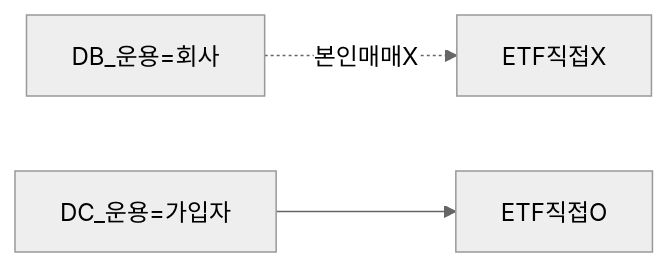
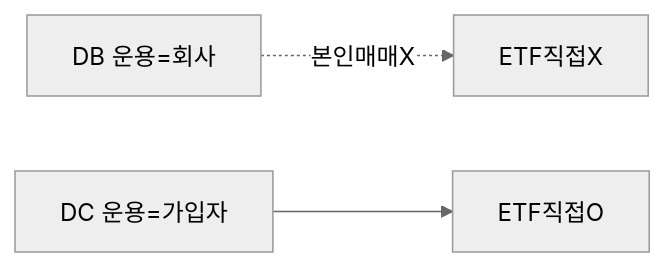
The second of 2 diagrams in 06-korea-policy/dc-pension.md (goldanghenry/Finances), drawn with Mermaid (neutral theme) before and after one commit. The commit also changed other lines of this file and 211 other files, not shown here.

````diff
--- a/06-korea-policy/dc-pension.md
+++ b/06-korea-policy/dc-pension.md
@@ -104,5 +113,5 @@
 ```mermaid
 flowchart LR
-  DB[DB_운용=회사] -.->|본인매매X| X[ETF직접X]
-  DC[DC_운용=가입자] --> O[ETF직접O]
+  DB["DB 운용=회사"] -.->|본인매매X| X[ETF직접X]
+  DC["DC 운용=가입자"] --> O[ETF직접O]
 ```
````
